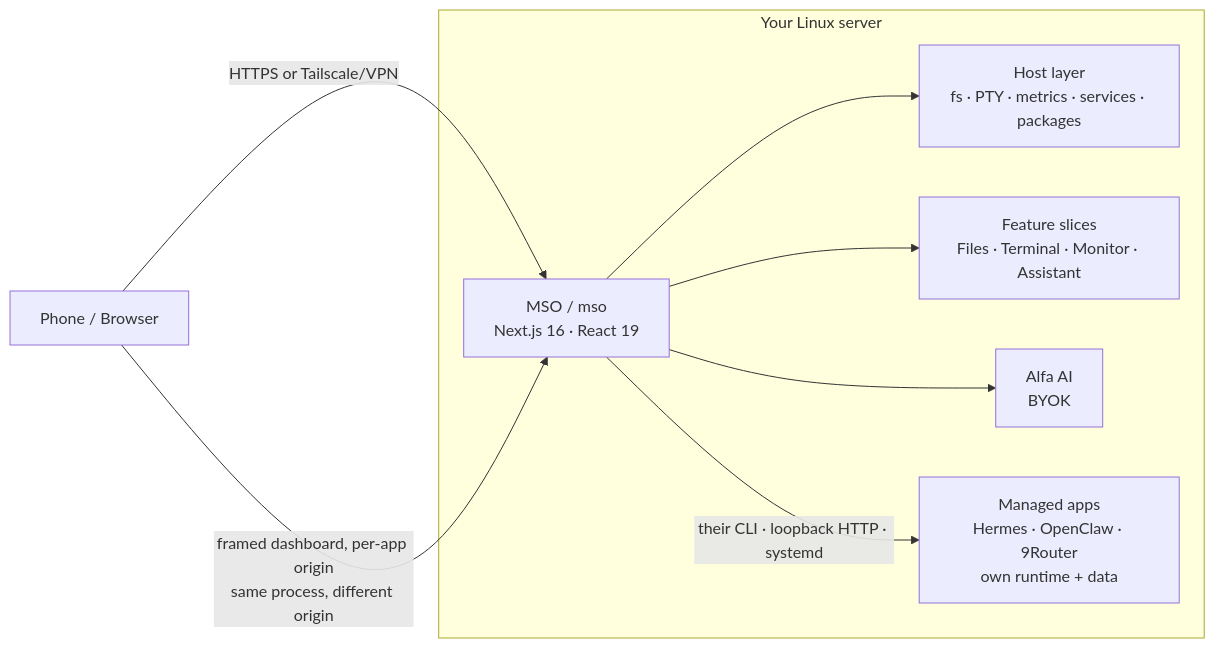
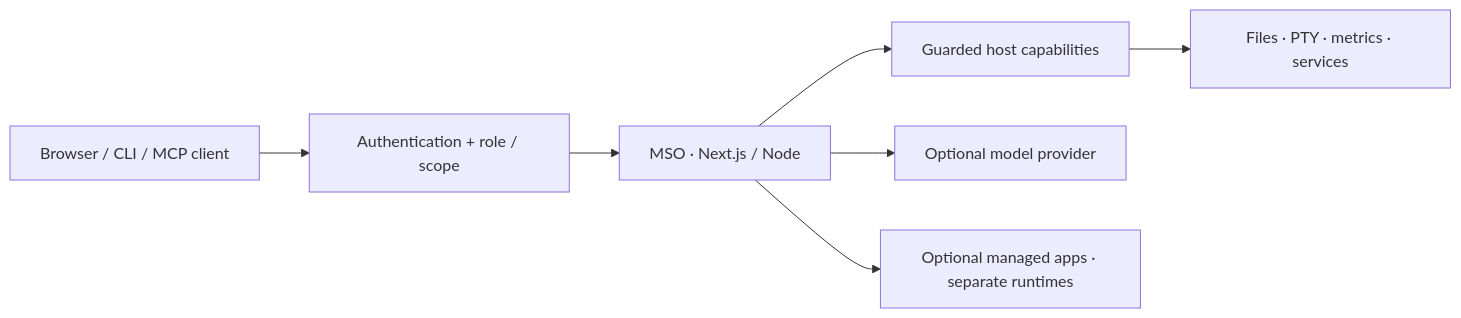
One commit to rahmanef63/mso changed the diagram in README.md. Above: the diagram before and after it, drawn with Mermaid. The commit also changed other lines of this file and 21 other files, not shown here.

````diff
--- a/README.md
+++ b/README.md
@@ -444,17 +365,9 @@
 ```mermaid
 flowchart LR
-  U["Phone / Browser"]
-  subgraph VPS["Your Linux server"]
-    APP["MSO / mso<br/>Next.js 16 · React 19"]
-    HOST["Host layer<br/>fs · PTY · metrics · services · packages"]
-    SLICES["Feature slices<br/>Files · Terminal · Monitor · Assistant"]
-    AI["Alfa AI<br/>BYOK"]
-    MANAGED["Managed apps<br/>Hermes · OpenClaw · 9Router<br/>own runtime + data"]
-  end
-  U -->|"HTTPS or Tailscale/VPN"| APP
-  U -->|"framed dashboard, per-app origin<br/>same process, different origin"| APP
-  APP --> HOST
-  APP --> SLICES
-  APP --> AI
-  APP -->|"their CLI · loopback HTTP · systemd"| MANAGED
+  USER["Browser / CLI / MCP client"] --> AUTH["Authentication + role / scope"]
+  AUTH --> MSO["MSO · Next.js / Node"]
+  MSO --> HOST["Guarded host capabilities"]
+  HOST --> FILES["Files · PTY · metrics · services"]
+  MSO --> AI["Optional model provider"]
+  MSO --> APPS["Optional managed apps · separate runtimes"]
 ```
````
